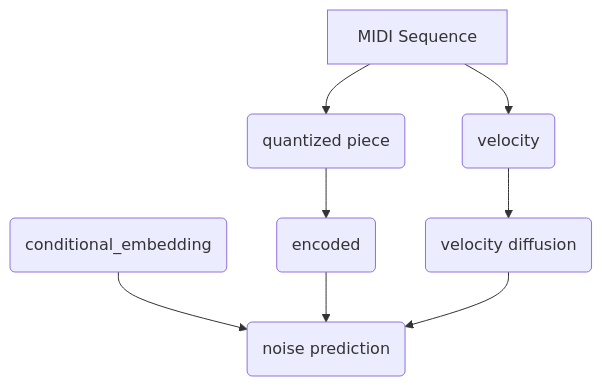
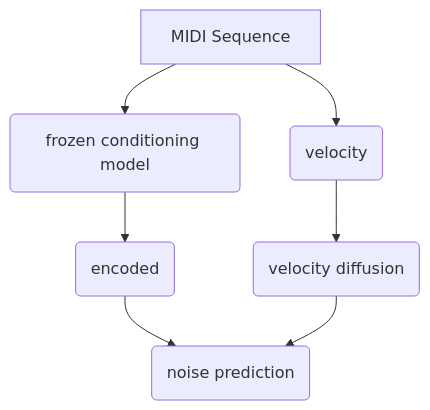
The first of 2 diagrams in README.md (Nospoko/midi-diffusion), drawn with Mermaid before and after one commit.

````diff
--- a/README.md
+++ b/README.md
@@ -11,10 +11,9 @@
 ```mermaid
 flowchart TD
-    A[MIDI Sequence] --> B(quantized piece)
+    A[MIDI Sequence] --> B(frozen conditioning model)
     A --> C(velocity)
     C --> D(velocity diffusion)
     B --> E(encoded)
-    G(conditional_embedding) --> F
     E --> F(noise prediction)
     D --> F 
 ```
````
